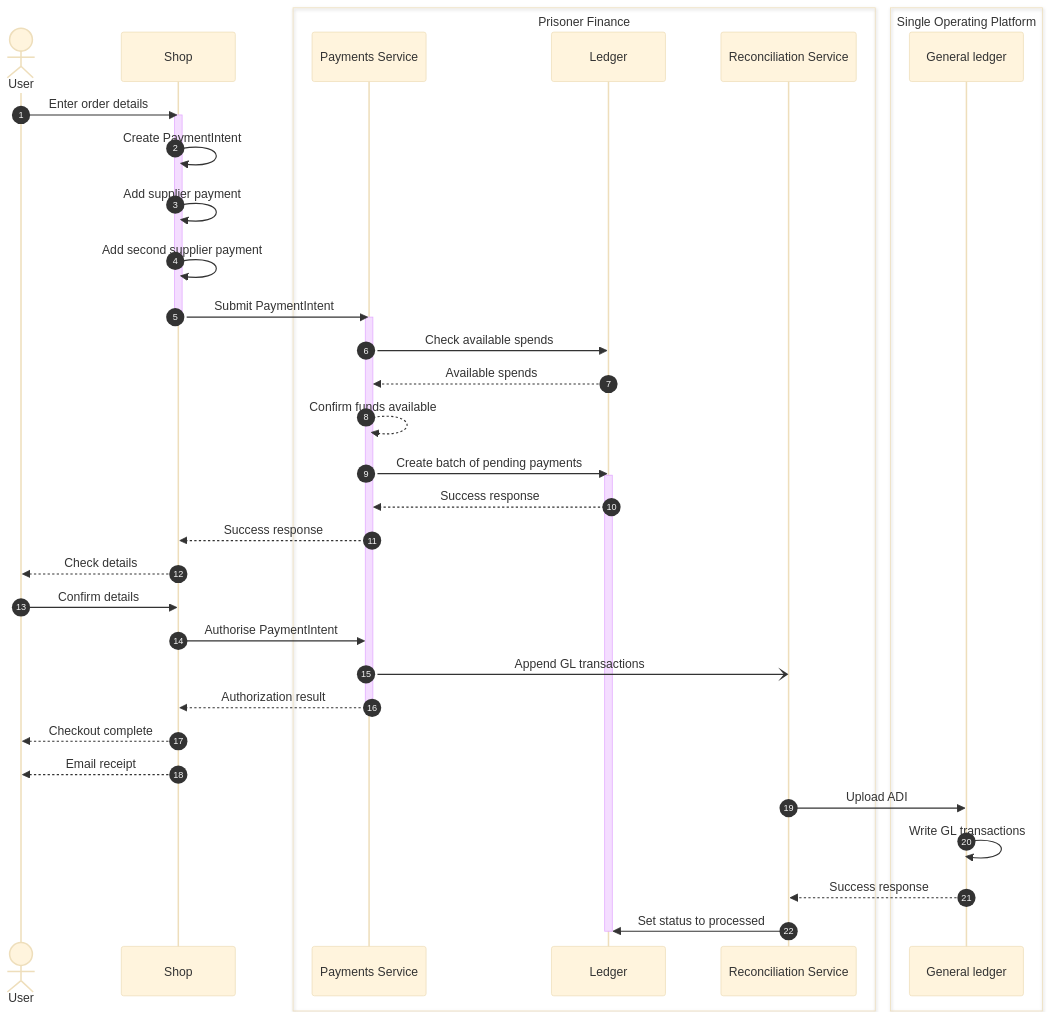
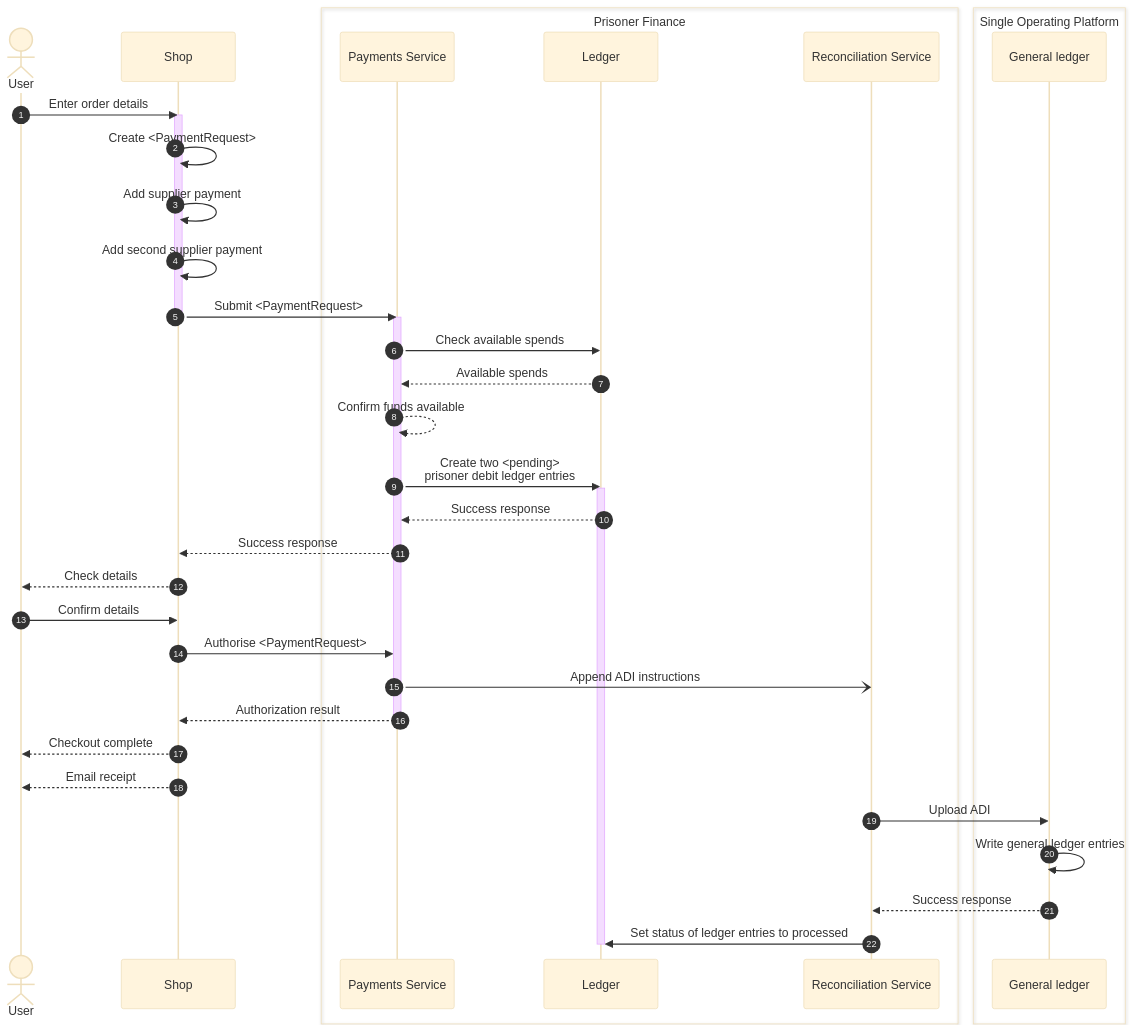
The sixth of 8 diagrams in docs/processes-purchasing.md (ministryofjustice/hmpps-prisoner-finance-poc-api), drawn with Mermaid (base theme) before and after one commit. The commit also changed other lines of this file, not shown here.

````diff
--- a/docs/processes-purchasing.md
+++ b/docs/processes-purchasing.md
@@ -241,44 +241,44 @@
 ```mermaid
 sequenceDiagram
   actor USER as User
   participant SHOP as Shop
   box Prisoner Finance
   participant API as Payments Service
   participant LEDGER as Ledger
   participant ADI as Reconciliation Service
   end
   box Single Operating Platform
   participant SOP as General ledger
   end
 
   autonumber
 
   USER ->> SHOP: Enter order details
   activate SHOP
-  SHOP ->> SHOP: Create PaymentIntent
+  SHOP ->> SHOP: Create <PaymentRequest>
   SHOP ->> SHOP: Add supplier payment
   SHOP ->> SHOP: Add second supplier payment
-  SHOP ->> API: Submit PaymentIntent
+  SHOP ->> API: Submit <PaymentRequest>
   deactivate SHOP
   activate API
   API ->> LEDGER: Check available spends
   LEDGER -->> API: Available spends
   API -->> API: Confirm funds available
-  API ->> LEDGER: Create batch of pending payments
+  API ->> LEDGER: Create two <pending><br/>prisoner debit ledger entries
   activate LEDGER
   LEDGER -->> API: Success response
   API -->> SHOP: Success response
   SHOP -->> USER: Check details
   USER ->> SHOP: Confirm details
-  SHOP ->> API: Authorise PaymentIntent
-  API -) ADI: Append GL transactions
+  SHOP ->> API: Authorise <PaymentRequest>
+  API -) ADI: Append ADI instructions
   API -->> SHOP: Authorization result
   deactivate API
   SHOP -->> USER: Checkout complete
   SHOP -->> USER: Email receipt
   ADI ->> SOP: Upload ADI
-  SOP ->> SOP: Write GL transactions
+  SOP ->> SOP: Write general ledger entries
   SOP -->> ADI: Success response
-  ADI ->> LEDGER: Set status to processed
+  ADI ->> LEDGER: Set status of ledger entries to processed
   deactivate LEDGER
 ```
````
